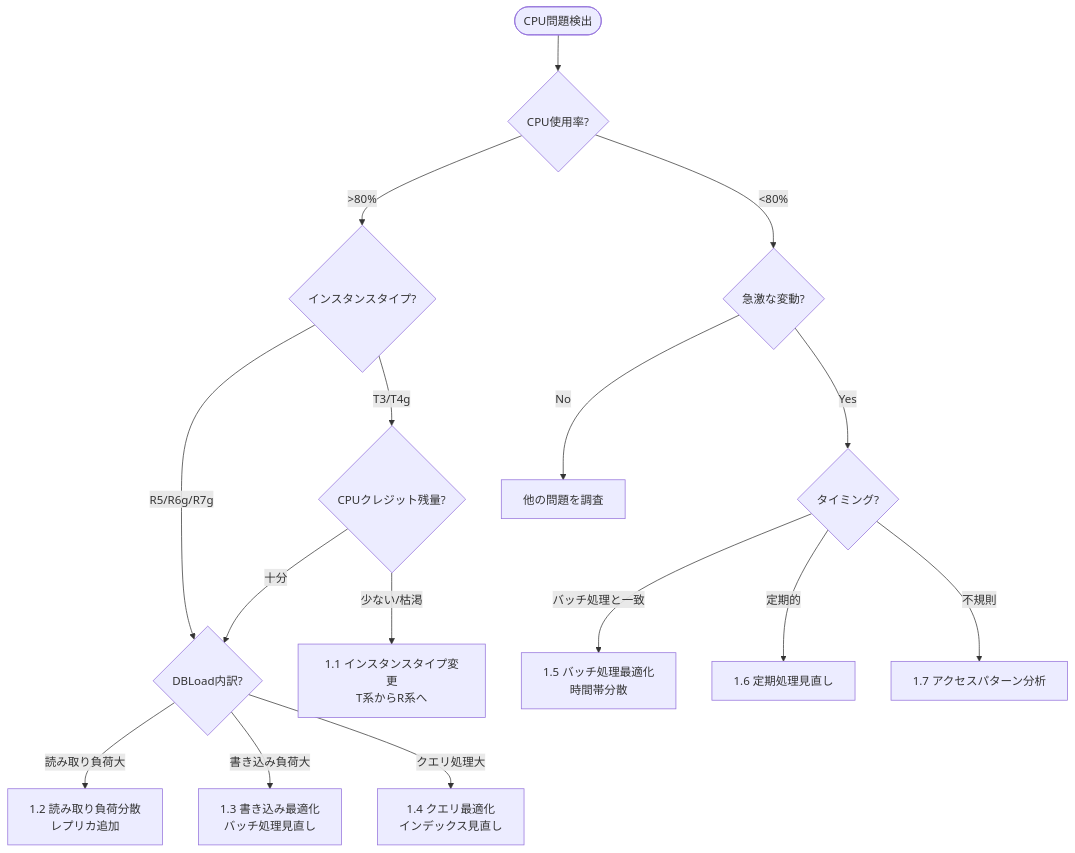
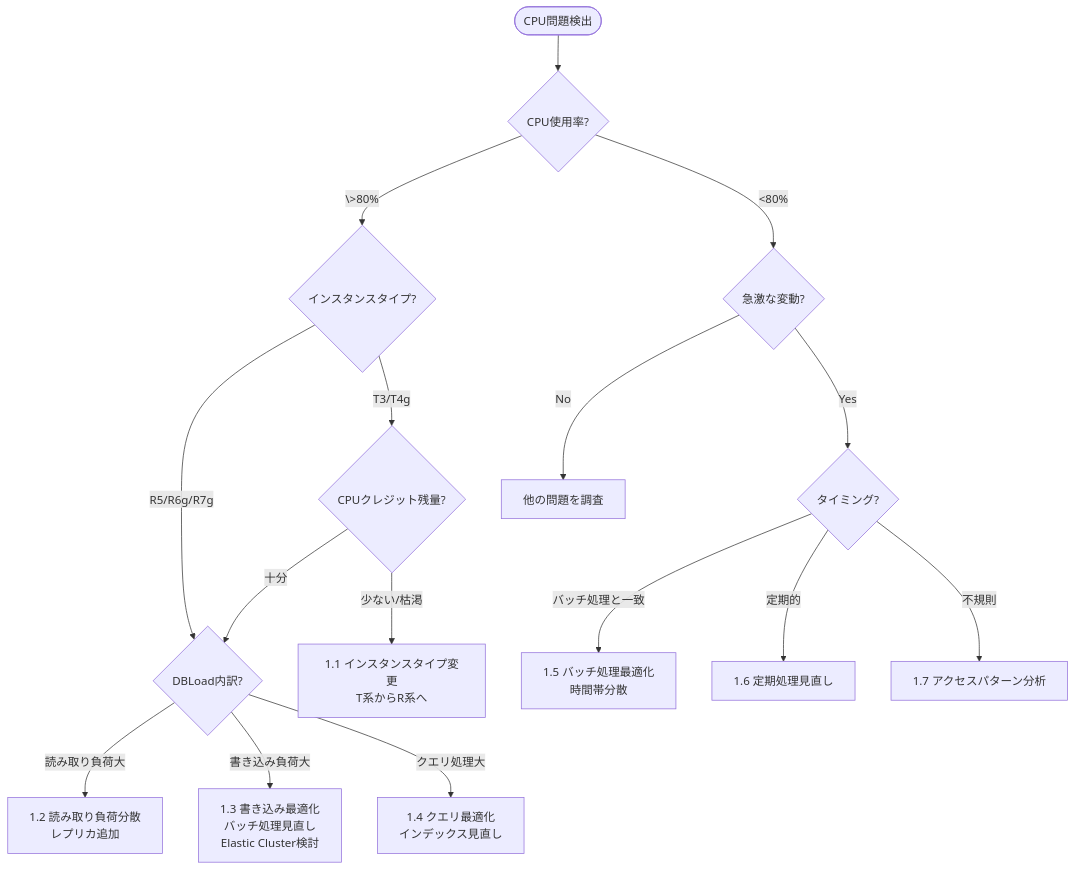
One commit to littlemex/aws-samples changed the second of 7 diagrams in databases/docdb/manuals/docdb.md. Above: the diagram before and after it, drawn with Mermaid. The commit also changed other lines of this file and 9 other files, not shown here.

````diff
--- a/databases/docdb/manuals/docdb.md
+++ b/databases/docdb/manuals/docdb.md
@@ -59,24 +63,24 @@
 ```mermaid
 flowchart TD
     CPUStart([CPU問題検出]) --> CPUCheck{CPU使用率?}
     
-    CPUCheck -->|>80%| CheckInstance{インスタンスタイプ?}
+    CPUCheck -->|\>80%| CheckInstance{インスタンスタイプ?}
     CPUCheck -->|<80%| CheckSpike{急激な変動?}
     
     CheckInstance -->|T3/T4g| CheckCredit{CPUクレジット残量?}
     CheckInstance -->|R5/R6g/R7g| CheckLoad{DBLoad内訳?}
     
     CheckCredit -->|少ない/枯渇| Solution1[1.1 インスタンスタイプ変更<br>T系からR系へ]
     CheckCredit -->|十分| CheckLoad
     
     CheckLoad -->|読み取り負荷大| Solution2[1.2 読み取り負荷分散<br>レプリカ追加]
-    CheckLoad -->|書き込み負荷大| Solution3[1.3 書き込み最適化<br>バッチ処理見直し]
+    CheckLoad -->|書き込み負荷大| Solution3[1.3 書き込み最適化<br>バッチ処理見直し<br>Elastic Cluster検討]
     CheckLoad -->|クエリ処理大| Solution4[1.4 クエリ最適化<br>インデックス見直し]
     
     CheckSpike -->|Yes| CheckTiming{タイミング?}
     CheckSpike -->|No| OtherIssue[他の問題を調査]
     
     CheckTiming -->|バッチ処理と一致| Solution5[1.5 バッチ処理最適化<br>時間帯分散]
     CheckTiming -->|定期的| Solution6[1.6 定期処理見直し]
     CheckTiming -->|不規則| Solution7[1.7 アクセスパターン分析]
 ```
````
